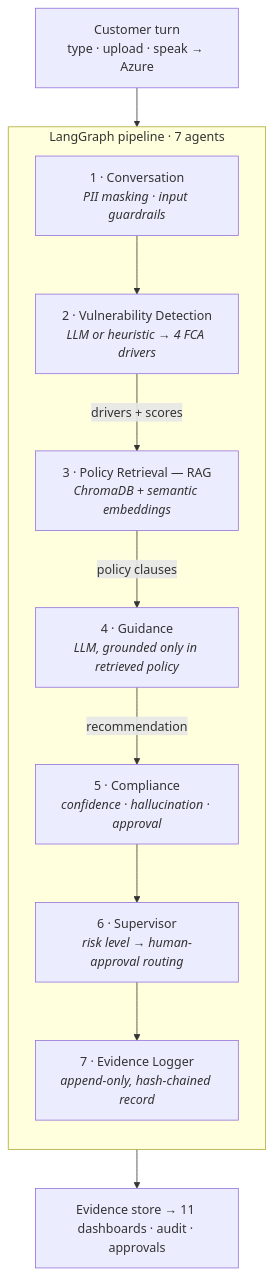
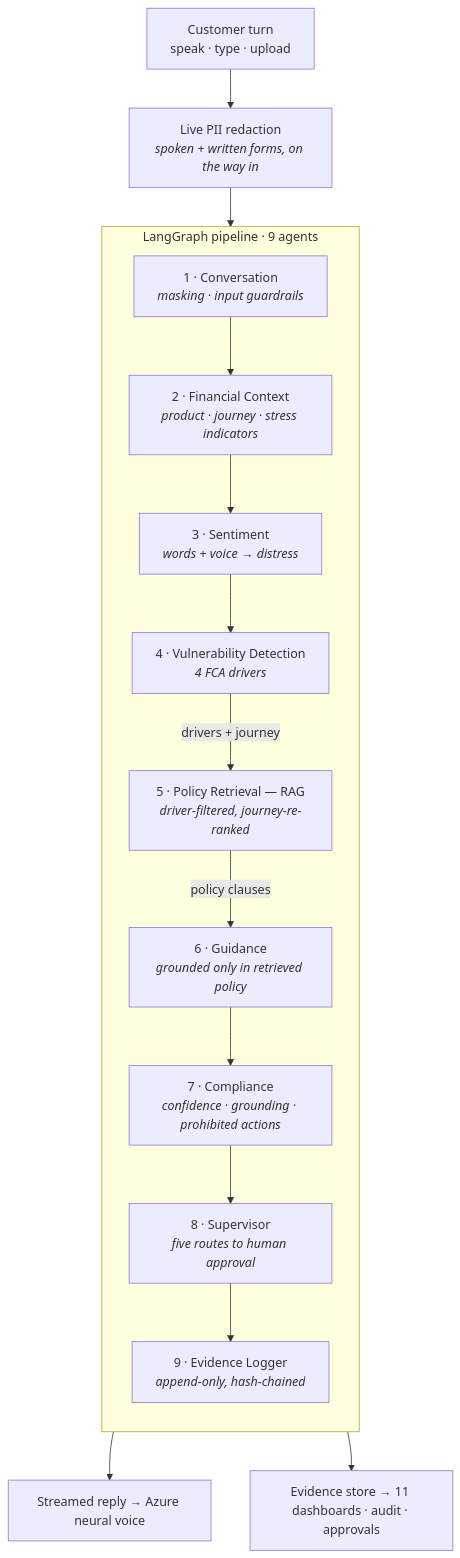
The diagram in docs/OVERVIEW.md (mansi104-ai/EXL_capstone), drawn with Mermaid before and after one commit. The commit also changed other lines of this file and 49 other files, not shown here.

````diff
--- a/docs/OVERVIEW.md
+++ b/docs/OVERVIEW.md
@@ -20,14 +30,18 @@
 ```mermaid
 flowchart TD
-    IN["Customer turn<br/>type · upload · speak → Azure"] --> A1
-    subgraph P["LangGraph pipeline · 7 agents"]
+    IN["Customer turn<br/>speak · type · upload"] --> RED["Live PII redaction<br/><i>spoken + written forms, on the way in</i>"]
+    RED --> A1
+    subgraph P["LangGraph pipeline · 9 agents"]
       direction TB
-      A1["1 · Conversation<br/><i>PII masking · input guardrails</i>"] --> A2["2 · Vulnerability Detection<br/><i>LLM or heuristic → 4 FCA drivers</i>"]
-      A2 -->|drivers + scores| A3["3 · Policy Retrieval — RAG<br/><i>ChromaDB + semantic embeddings</i>"]
-      A3 -->|policy clauses| A4["4 · Guidance<br/><i>LLM, grounded only in retrieved policy</i>"]
-      A4 -->|recommendation| A5["5 · Compliance<br/><i>confidence · hallucination · approval</i>"]
-      A5 --> A6["6 · Supervisor<br/><i>risk level → human-approval routing</i>"]
-      A6 --> A7["7 · Evidence Logger<br/><i>append-only, hash-chained record</i>"]
+      A1["1 · Conversation<br/><i>masking · input guardrails</i>"] --> A2["2 · Financial Context<br/><i>product · journey · stress indicators</i>"]
+      A2 --> A3["3 · Sentiment<br/><i>words + voice → distress</i>"]
+      A3 --> A4["4 · Vulnerability Detection<br/><i>4 FCA drivers</i>"]
+      A4 -->|drivers + journey| A5["5 · Policy Retrieval — RAG<br/><i>driver-filtered, journey-re-ranked</i>"]
+      A5 -->|policy clauses| A6["6 · Guidance<br/><i>grounded only in retrieved policy</i>"]
+      A6 --> A7["7 · Compliance<br/><i>confidence · grounding · prohibited actions</i>"]
+      A7 --> A8["8 · Supervisor<br/><i>five routes to human approval</i>"]
+      A8 --> A9["9 · Evidence Logger<br/><i>append-only, hash-chained</i>"]
     end
-    A7 --> OUT["Evidence store → 11 dashboards · audit · approvals"]
+    A9 --> OUT["Streamed reply → Azure neural voice"]
+    A9 --> EV["Evidence store → 11 dashboards · audit · approvals"]
 ```
````
